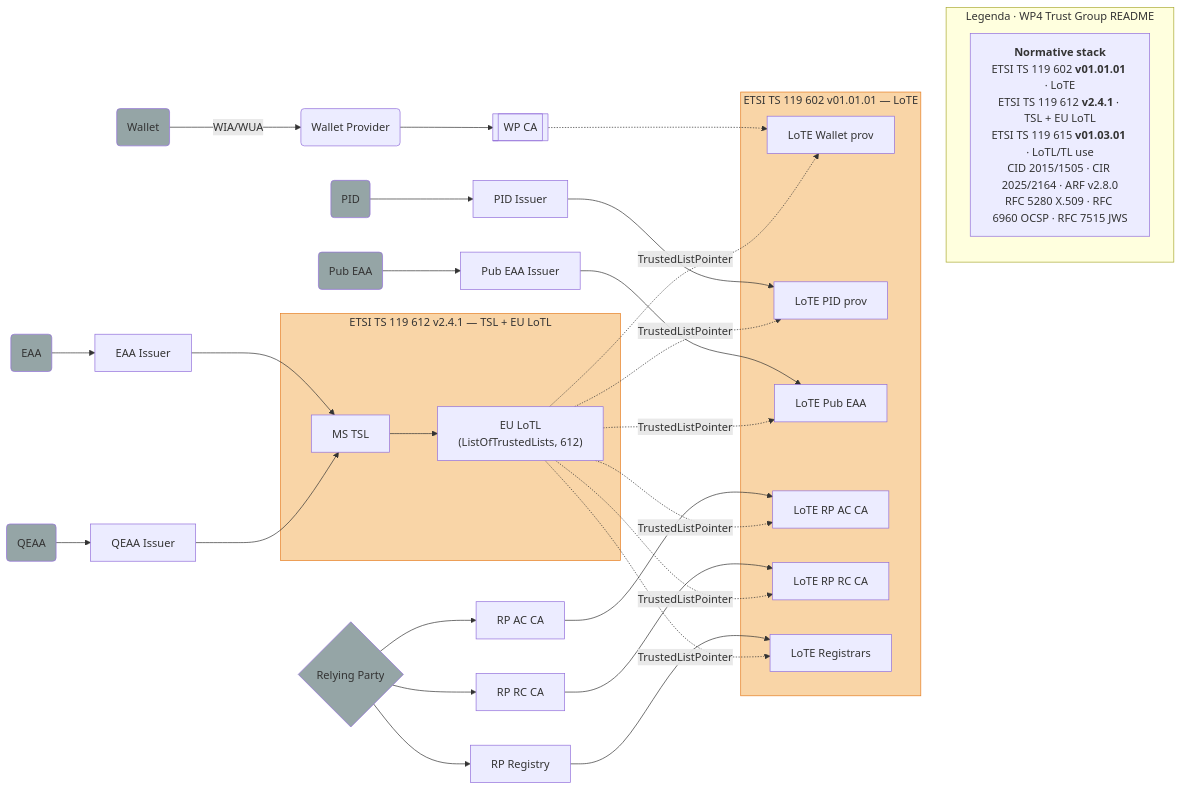
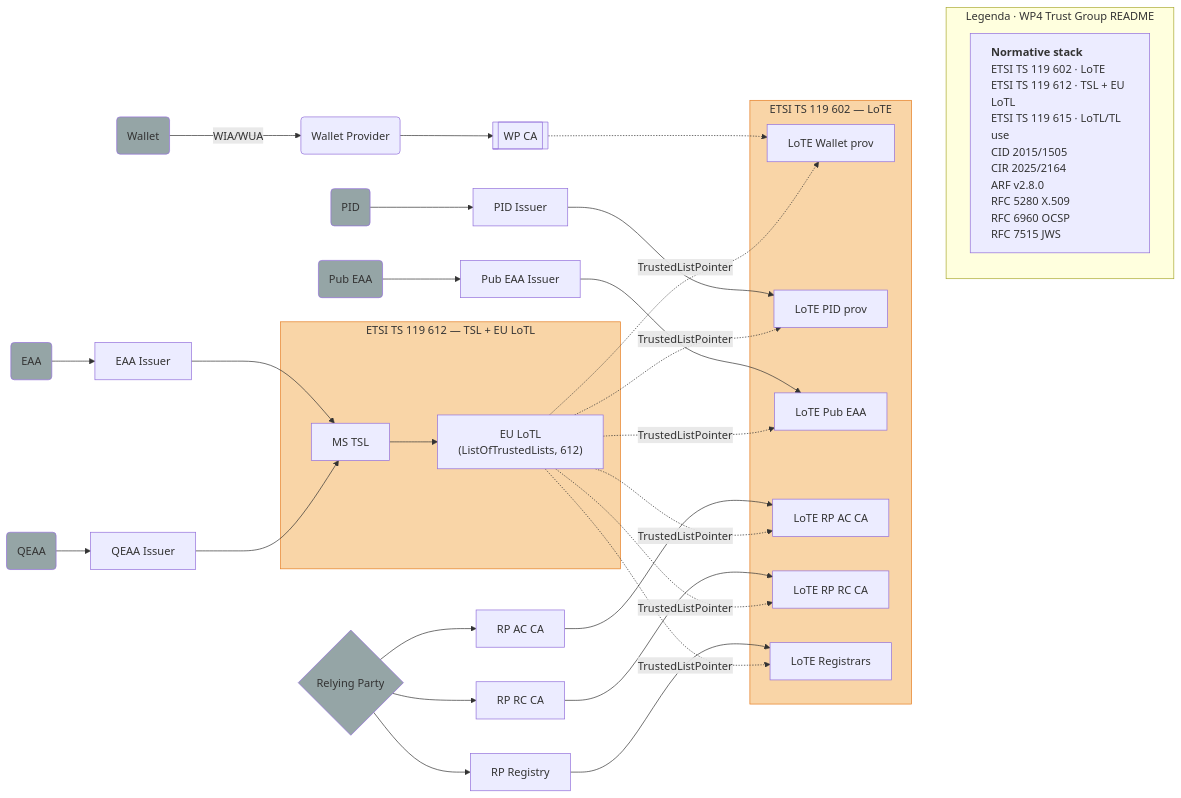
One commit to peppelinux/Wallet-Presentations changed the diagram in openid-federation-wallet-tdi/diagrams/lote-tsl-trust-landscape.mmd. Above: the diagram before and after it, drawn with Mermaid. The commit also changed 5 other files, not shown here.

```diff
--- a/openid-federation-wallet-tdi/diagrams/lote-tsl-trust-landscape.mmd
+++ b/openid-federation-wallet-tdi/diagrams/lote-tsl-trust-landscape.mmd
@@ -1,75 +1,75 @@
 graph LR
     subgraph Standards_and_Objects["Legenda · WP4 Trust Group README"]
         direction TB
-        S["<b>Normative stack</b><br/>ETSI TS 119 602 <b>v01.01.01</b> · LoTE<br/>ETSI TS 119 612 <b>v2.4.1</b> · TSL + EU LoTL<br/>ETSI TS 119 615 <b>v01.03.01</b> · LoTL/TL use<br/>CID 2015/1505 · CIR 2025/2164 · ARF v2.8.0<br/>RFC 5280 X.509 · RFC 6960 OCSP · RFC 7515 JWS"]
+        S["<div style='line-height:1.5; text-align:left;'><b>Normative stack</b><br/><span>ETSI TS 119 602 · LoTE</span><br/><span>ETSI TS 119 612 · TSL + EU LoTL</span><br/><span>ETSI TS 119 615 · LoTL/TL use</span><br/><span>CID 2015/1505</span><br/><span>CIR 2025/2164</span><br/><span>ARF v2.8.0</span><br/><span>RFC 5280 X.509</span><br/><span>RFC 6960 OCSP</span><br/><span>RFC 7515 JWS</span></div>"]
     end
 
     %% Sezione TS 119 602 (LoTE JSON)
-    subgraph LoTE_JSON["ETSI TS 119 602 v01.01.01 — LoTE"]
+    subgraph LoTE_JSON["ETSI TS 119 602 — LoTE"]
         L1[LoTE Wallet prov]
         L2[LoTE PID prov]
         L3[LoTE Pub EAA]
         L4[LoTE RP AC CA]
         L5[LoTE RP RC CA]
         L6[LoTE Registrars]
     end
 
     %% Middle Tier
     WP_CA[["WP CA"]]
     PID_I[PID Issuer]
     PUB_I[Pub EAA Issuer]
     RP_AC[RP AC CA]
     RP_RC[RP RC CA]
     RP_REG[RP Registry]
 
     %% Sezione Destra (Utilizzatori)
     W(Wallet) -->|WIA/WUA| WP(Wallet Provider)
     WP --> WP_CA
     PID(PID) --> PID_I
     PEAA(Pub EAA) --> PUB_I
 
     RP{Relying Party} --> RP_AC
     RP --> RP_RC
     RP --> RP_REG
 
     %% Collegamenti Trust LoTE
     WP_CA -.-> L1
     PID_I --> L2
     PUB_I --> L3
     RP_AC --> L4
     RP_RC --> L5
     RP_REG --> L6
 
     %% Sezione TS 119 612 (TSL XML)
-    subgraph TSL_XML["ETSI TS 119 612 v2.4.1 — TSL + EU LoTL"]
+    subgraph TSL_XML["ETSI TS 119 612 — TSL + EU LoTL"]
         EU_LoTL["EU LoTL<br/>(ListOfTrustedLists, 612)"]
         MS_TSL[MS TSL]
     end
 
     EAA_I[EAA Issuer] --> MS_TSL
     QEAA_I[QEAA Issuer] --> MS_TSL
     MS_TSL --> EU_LoTL
 
     EAA(EAA) --> EAA_I
     QEAA(QEAA) --> QEAA_I
 
     %% LoTL: TrustedListPointers to published TLs — many targets are TS 119 602 LoTE URLs (EC + MS); MS TSL remains 612 feed for QTSP-style chains
     EU_LoTL -.->|TrustedListPointer| L1
     EU_LoTL -.->|TrustedListPointer| L2
     EU_LoTL -.->|TrustedListPointer| L3
     EU_LoTL -.->|TrustedListPointer| L4
     EU_LoTL -.->|TrustedListPointer| L5
     EU_LoTL -.->|TrustedListPointer| L6
 
     %% Keep legend subgraph in layout (otherwise Mermaid may omit isolated clusters)
     L1 ~~~ S
 
     %% Styling
     style LoTE_JSON fill:#f9d5a7,stroke:#e67e22
     style TSL_XML fill:#f9d5a7,stroke:#e67e22
     style W fill:#95a5a6
     style PID fill:#95a5a6
     style PEAA fill:#95a5a6
     style RP fill:#95a5a6
     style EAA fill:#95a5a6
     style QEAA fill:#95a5a6
```
